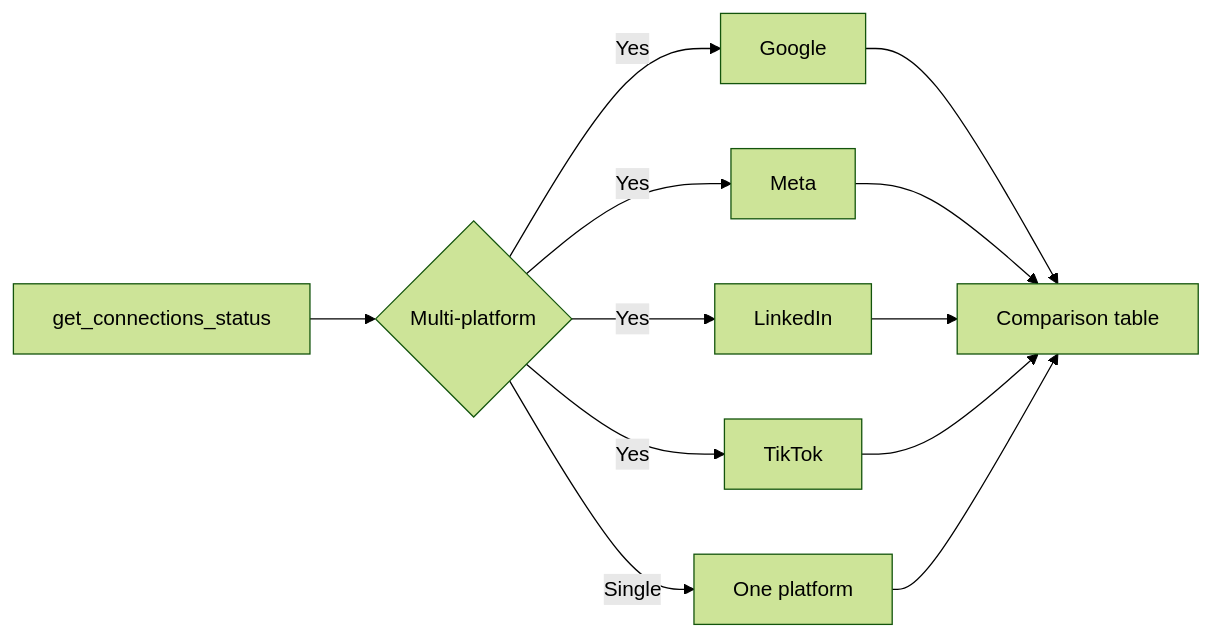
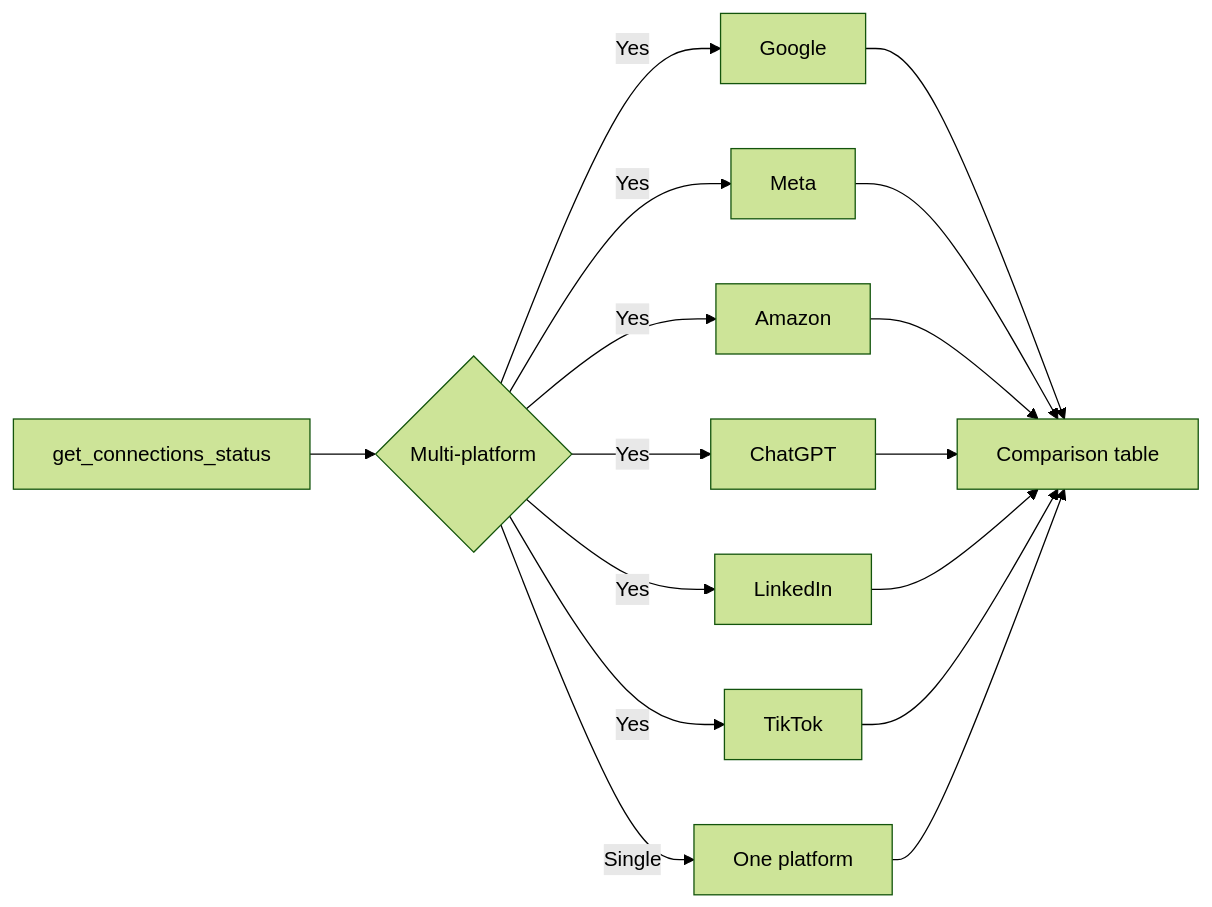
The first of 14 diagrams in agent-skills/workflows.mdx (Adspirer/docs), drawn with Mermaid (forest theme) before and after one commit. The commit also changed other lines of this file and 44 other files, not shown here.

````diff
--- a/agent-skills/workflows.mdx
+++ b/agent-skills/workflows.mdx
@@ -26,14 +28,18 @@
 ```mermaid
 flowchart LR
     A[get_connections_status] --> B{Multi-platform}
     B -->|Yes| C[Google]
     B -->|Yes| D[Meta]
-    B -->|Yes| E[LinkedIn]
-    B -->|Yes| F[TikTok]
-    B -->|Single| G[One platform]
-    C --> H[Comparison table]
-    D --> H
-    E --> H
-    F --> H
-    G --> H
+    B -->|Yes| E[Amazon]
+    B -->|Yes| F[ChatGPT]
+    B -->|Yes| G[LinkedIn]
+    B -->|Yes| H[TikTok]
+    B -->|Single| I[One platform]
+    C --> J[Comparison table]
+    D --> J
+    E --> J
+    F --> J
+    G --> J
+    H --> J
+    I --> J
 ```
````
